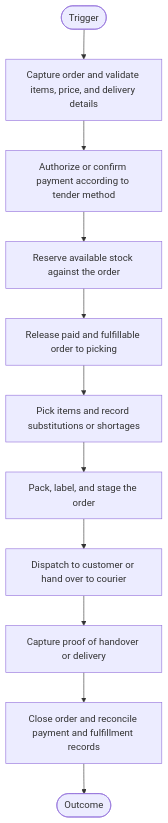
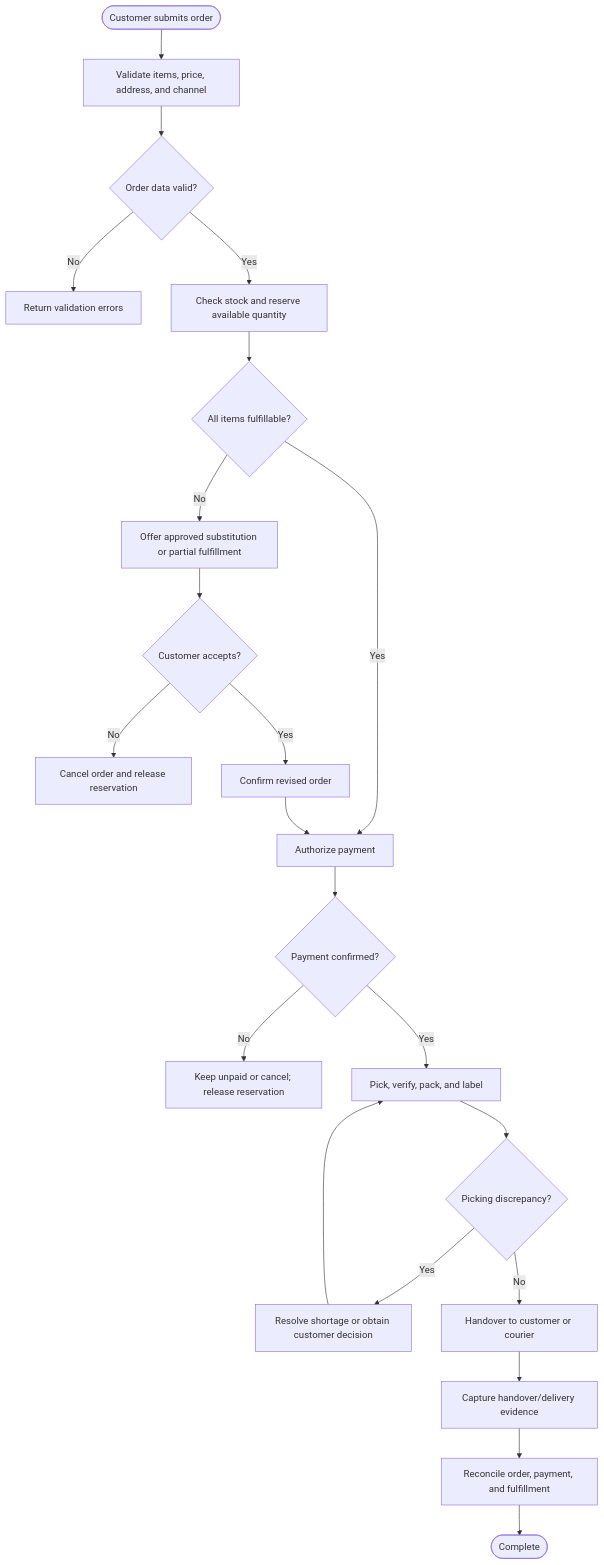
The first of 3 diagrams in 01-retail-and-pos/order-to-delivery-flow.md (reviveproject4-source/visual-business-flows), drawn with Mermaid before and after one commit. The commit also changed other lines of this file and 14 other files, not shown here.

First line of the commit message:
Align workflow diagrams with business rules and exceptions

````diff
--- a/01-retail-and-pos/order-to-delivery-flow.md
+++ b/01-retail-and-pos/order-to-delivery-flow.md
@@ -56,22 +56,24 @@
 ```mermaid
 flowchart TD
-    Start([Trigger]) --> S1
-    S1[Capture order and validate items, price, and delivery details]
-    S2[Authorize or confirm payment according to tender method]
-    S3[Reserve available stock against the order]
-    S4[Release paid and fulfillable order to picking]
-    S5[Pick items and record substitutions or shortages]
-    S6[Pack, label, and stage the order]
-    S7[Dispatch to customer or hand over to courier]
-    S8[Capture proof of handover or delivery]
-    S9[Close order and reconcile payment and fulfillment records]
-    S1 --> S2
-    S2 --> S3
-    S3 --> S4
-    S4 --> S5
-    S5 --> S6
-    S6 --> S7
-    S7 --> S8
-    S8 --> S9
-    S9 --> End([Outcome])
+    A([Customer submits order]) --> B[Validate items, price, address, and channel]
+    B --> C{Order data valid?}
+    C -->|No| X[Return validation errors]
+    C -->|Yes| D[Check stock and reserve available quantity]
+    D --> E{All items fulfillable?}
+    E -->|No| F[Offer approved substitution or partial fulfillment]
+    F --> G{Customer accepts?}
+    G -->|No| H[Cancel order and release reservation]
+    G -->|Yes| I[Confirm revised order]
+    E -->|Yes| J[Authorize payment]
+    I --> J
+    J --> K{Payment confirmed?}
+    K -->|No| L[Keep unpaid or cancel; release reservation]
+    K -->|Yes| M[Pick, verify, pack, and label]
+    M --> N{Picking discrepancy?}
+    N -->|Yes| O[Resolve shortage or obtain customer decision]
+    O --> M
+    N -->|No| P[Handover to customer or courier]
+    P --> Q[Capture handover/delivery evidence]
+    Q --> R[Reconcile order, payment, and fulfillment]
+    R --> S([Complete])
 ```
````
